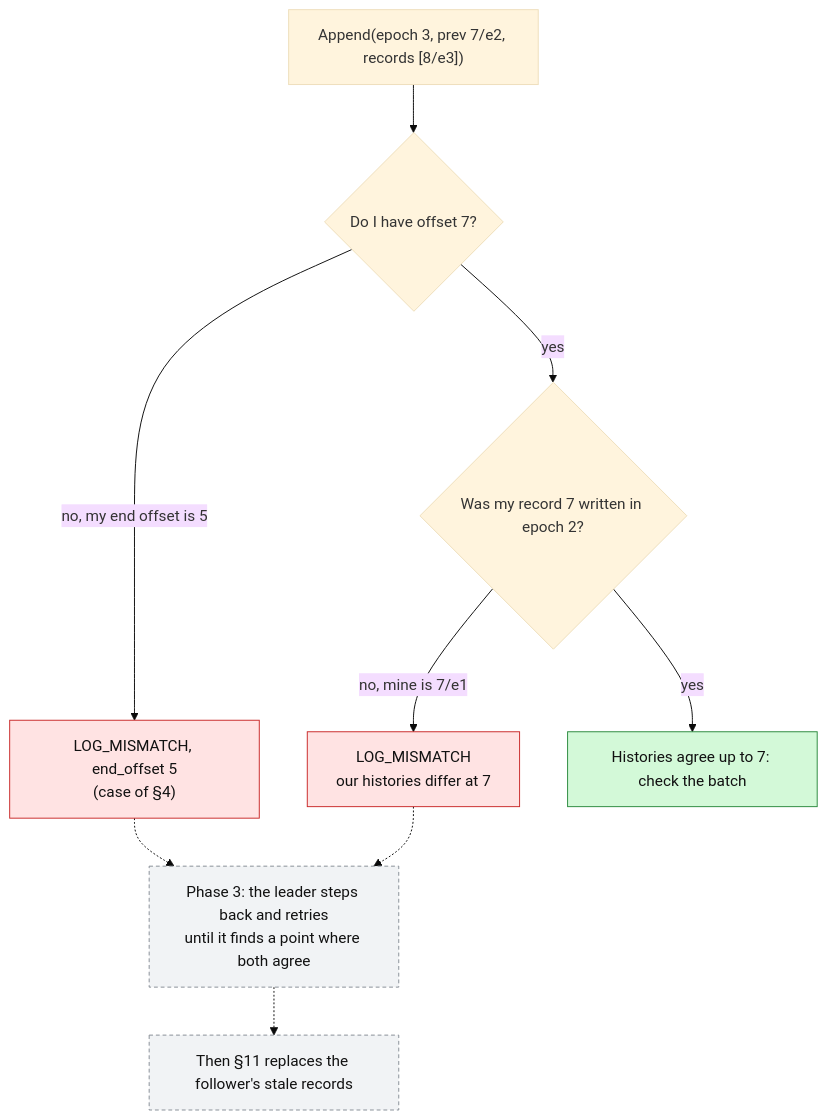
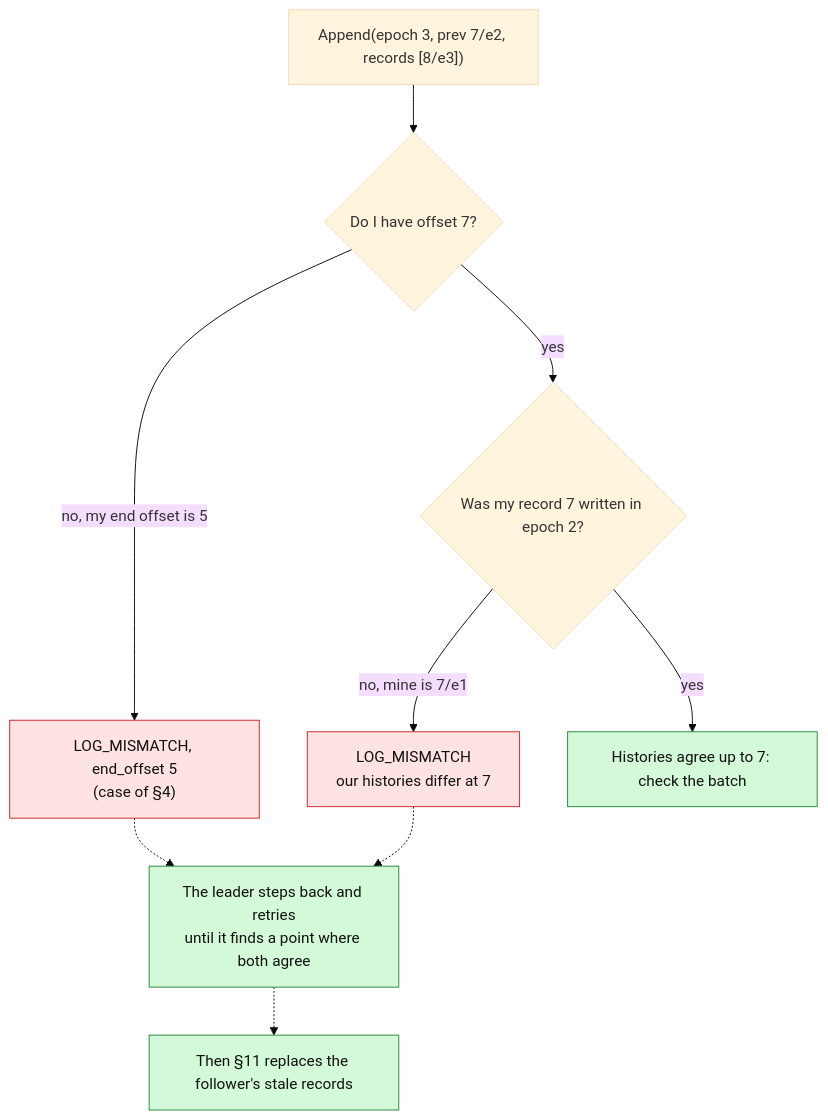
One commit to paulisuden/K0sStreams changed the tenth of 23 diagrams in docs/replication-scenarios.md. Above: the diagram before and after it, drawn with Mermaid (base theme). The commit also changed other lines of this file and 21 other files, not shown here.

````diff
--- a/docs/replication-scenarios.md
+++ b/docs/replication-scenarios.md
@@ -336,15 +333,15 @@
 ```mermaid
 flowchart TD
     R["Append(epoch 3, prev 7/e2, records [8/e3])"] --> H{"Do I have offset 7?"}
     H -- "no, my end offset is 5" --> M1["LOG_MISMATCH, end_offset 5<br/>(case of §4)"]:::bad
     H -- yes --> E{"Was my record 7 written in epoch 2?"}
     E -- "no, mine is 7/e1" --> M2["LOG_MISMATCH<br/>our histories differ at 7"]:::bad
     E -- yes --> NEXT["Histories agree up to 7: check the batch"]:::ok
-    M1 -.-> B["Phase 3: the leader steps back and retries<br/>until it finds a point where both agree"]:::future
+    M1 -.-> B["The leader steps back and retries<br/>until it finds a point where both agree"]:::ok
     M2 -.-> B
-    B -.-> FIX["Then §11 replaces the follower's stale records"]:::future
+    B -.-> FIX["Then §11 replaces the follower's stale records"]:::ok
 
     classDef ok fill:#d3f9d8,stroke:#2b8a3e,color:#111
     classDef bad fill:#ffe3e3,stroke:#c92a2a,color:#111
     classDef future fill:#f1f3f5,stroke:#868e96,color:#111,stroke-dasharray:4 3
 ```
````
